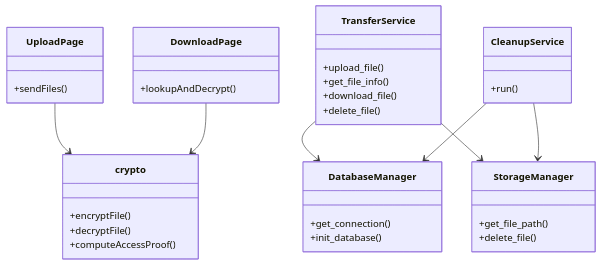
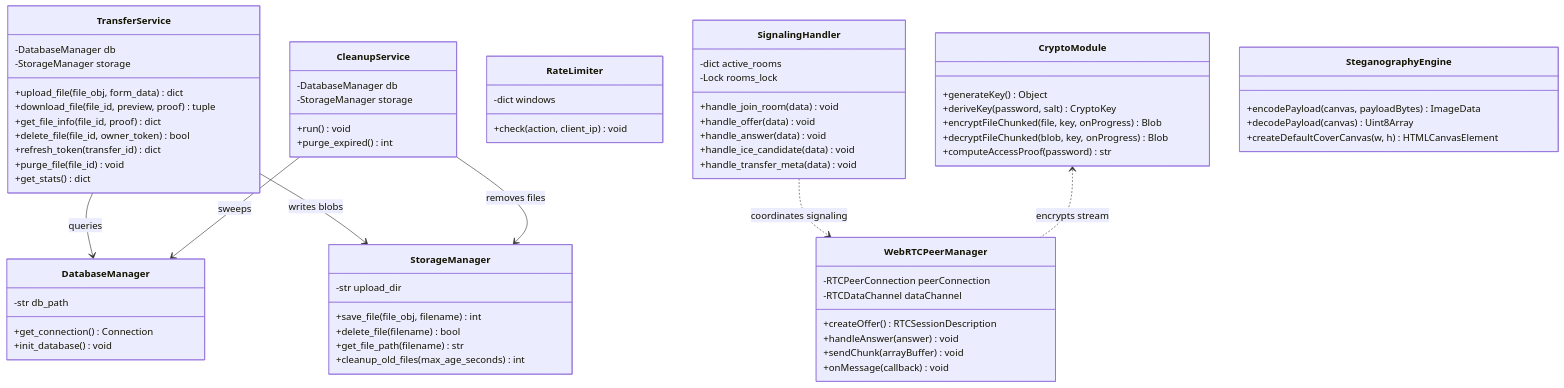
The second of 4 diagrams in README.md (sujalkathait93-lab/filesender), drawn with Mermaid before and after one commit. The commit also changed other lines of this file and 25 other files, not shown here.

Commit message:
feat: complete zero-knowledge E2E file sharing with WebRTC, steganography, ER/UML diagrams & documentation

````diff
--- a/README.md
+++ b/README.md
@@ -93,38 +179,85 @@
 ```mermaid
 classDiagram
-  class UploadPage {
-    +sendFiles()
-  }
-  class DownloadPage {
-    +lookupAndDecrypt()
-  }
-  class crypto {
-    +encryptFile()
-    +decryptFile()
-    +computeAccessProof()
-  }
-  class TransferService {
-    +upload_file()
-    +get_file_info()
-    +download_file()
-    +delete_file()
-  }
-  class DatabaseManager {
-    +get_connection()
-    +init_database()
-  }
-  class StorageManager {
-    +get_file_path()
-    +delete_file()
-  }
-  class CleanupService {
-    +run()
-  }
+    direction TB
 
-  UploadPage --> crypto
-  DownloadPage --> crypto
-  TransferService --> DatabaseManager
-  TransferService --> StorageManager
-  CleanupService --> DatabaseManager
-  CleanupService --> StorageManager
+    %% Backend Services
+    class DatabaseManager {
+        -str db_path
+        +get_connection() Connection
+        +init_database() void
+    }
+
+    class StorageManager {
+        -str upload_dir
+        +save_file(file_obj, filename) int
+        +delete_file(filename) bool
+        +get_file_path(filename) str
+        +cleanup_old_files(max_age_seconds) int
+    }
+
+    class TransferService {
+        -DatabaseManager db
+        -StorageManager storage
+        +upload_file(file_obj, form_data) dict
+        +download_file(file_id, preview, proof) tuple
+        +get_file_info(file_id, proof) dict
+        +delete_file(file_id, owner_token) bool
+        +refresh_token(transfer_id) dict
+        +purge_file(file_id) void
+        +get_stats() dict
+    }
+
+    class CleanupService {
+        -DatabaseManager db
+        -StorageManager storage
+        +run() void
+        +purge_expired() int
+    }
+
+    class RateLimiter {
+        -dict windows
+        +check(action, client_ip) void
+    }
+
+    class SignalingHandler {
+        -dict active_rooms
+        -Lock rooms_lock
+        +handle_join_room(data) void
+        +handle_offer(data) void
+        +handle_answer(data) void
+        +handle_ice_candidate(data) void
+        +handle_transfer_meta(data) void
+    }
+
+    %% Frontend Components
+    class CryptoModule {
+        +generateKey() Object
+        +deriveKey(password, salt) CryptoKey
+        +encryptFileChunked(file, key, onProgress) Blob
+        +decryptFileChunked(blob, key, onProgress) Blob
+        +computeAccessProof(password) str
+    }
+
+    class SteganographyEngine {
+        +encodePayload(canvas, payloadBytes) ImageData
+        +decodePayload(canvas) Uint8Array
+        +createDefaultCoverCanvas(w, h) HTMLCanvasElement
+    }
+
+    class WebRTCPeerManager {
+        -RTCPeerConnection peerConnection
+        -RTCDataChannel dataChannel
+        +createOffer() RTCSessionDescription
+        +handleAnswer(answer) void
+        +sendChunk(arrayBuffer) void
+        +onMessage(callback) void
+    }
+
+    %% Layer Dependencies
+    TransferService --> DatabaseManager : queries
+    TransferService --> StorageManager : writes blobs
+    CleanupService --> DatabaseManager : sweeps
+    CleanupService --> StorageManager : removes files
+    SignalingHandler ..> WebRTCPeerManager : coordinates signaling
+    CryptoModule <.. WebRTCPeerManager : encrypts stream
 ```
````
